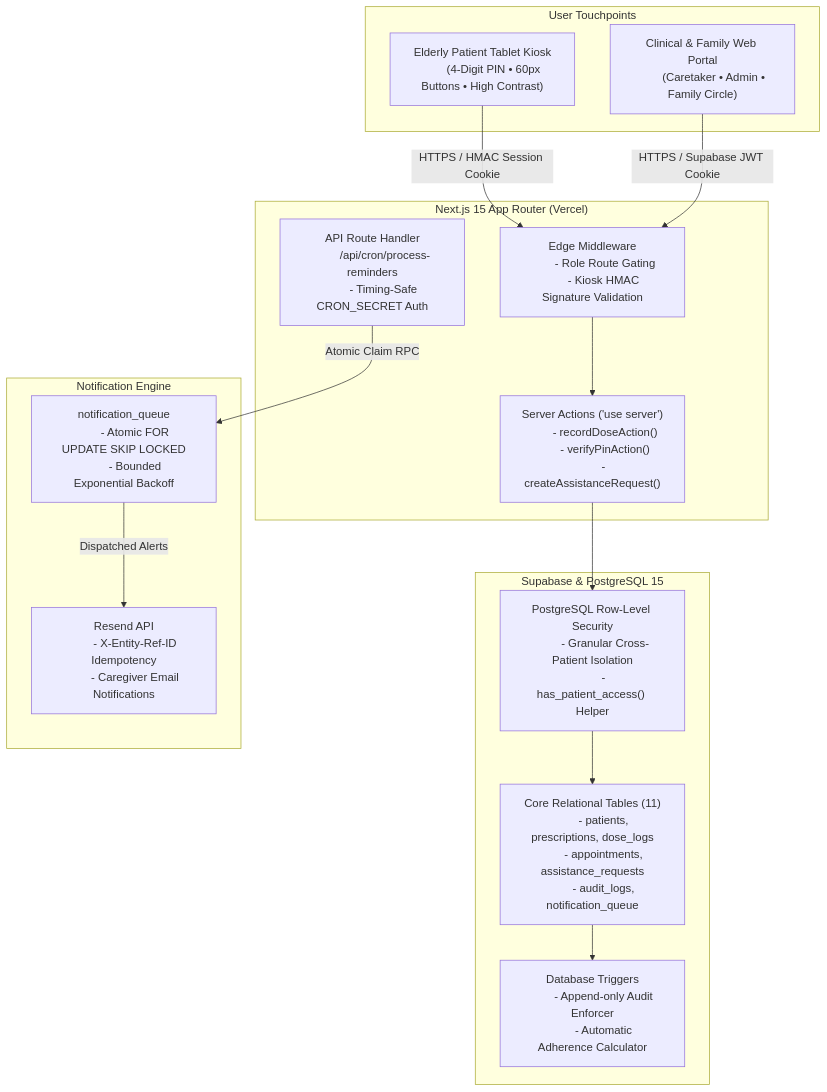
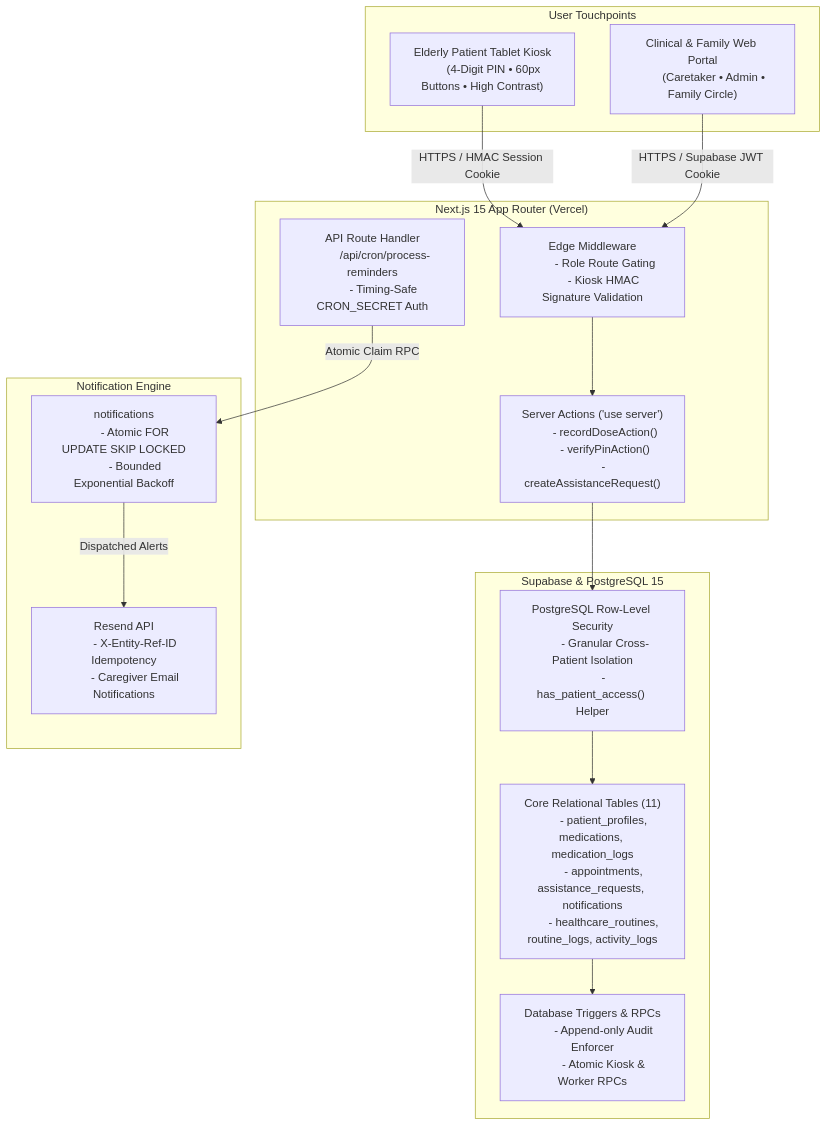
Before and after one commit to 2k24cs1k2412828-cloud/medibuddy_xcatalyst: the second of 2 diagrams in README.md, drawn with Mermaid. The commit also changed other lines of this file and 12 other files, not shown here.

````diff
--- a/README.md
+++ b/README.md
@@ -121,59 +125,59 @@
 ```mermaid
 flowchart TD
     subgraph Clients["User Touchpoints"]
         Kiosk["Elderly Patient Tablet Kiosk
         (4-Digit PIN • 60px Buttons • High Contrast)"]
         Portal["Clinical & Family Web Portal
         (Caretaker • Admin • Family Circle)"]
     end
 
     subgraph AppRouter["Next.js 15 App Router (Vercel)"]
         Middleware["Edge Middleware
         - Role Route Gating
         - Kiosk HMAC Signature Validation"]
         
         Actions["Server Actions ('use server')
         - recordDoseAction()
         - verifyPinAction()
         - createAssistanceRequest()"]
         
         CronRoute["API Route Handler
         /api/cron/process-reminders
         - Timing-Safe CRON_SECRET Auth"]
     end
 
     subgraph DataTier["Supabase & PostgreSQL 15"]
         RLS["PostgreSQL Row-Level Security
         - Granular Cross-Patient Isolation
         - has_patient_access() Helper"]
         
         Tables["Core Relational Tables (11)
-        - patients, prescriptions, dose_logs
-        - appointments, assistance_requests
-        - audit_logs, notification_queue"]
+        - patient_profiles, medications, medication_logs
+        - appointments, assistance_requests, notifications
+        - healthcare_routines, routine_logs, activity_logs"]
         
-        Triggers["Database Triggers
+        Triggers["Database Triggers & RPCs
         - Append-only Audit Enforcer
-        - Automatic Adherence Calculator"]
+        - Atomic Kiosk & Worker RPCs"]
     end
 
     subgraph AlertPipeline["Notification Engine"]
-        WorkerQueue["notification_queue
+        WorkerQueue["notifications
         - Atomic FOR UPDATE SKIP LOCKED
         - Bounded Exponential Backoff"]
         
         Resend["Resend API
         - X-Entity-Ref-ID Idempotency
         - Caregiver Email Notifications"]
     end
 
     Kiosk -->|HTTPS / HMAC Session Cookie| Middleware
     Portal -->|HTTPS / Supabase JWT Cookie| Middleware
     Middleware --> Actions
     Actions --> RLS
     RLS --> Tables
     Tables --> Triggers
     
     CronRoute -->|Atomic Claim RPC| WorkerQueue
     WorkerQueue -->|Dispatched Alerts| Resend
 ```
````
